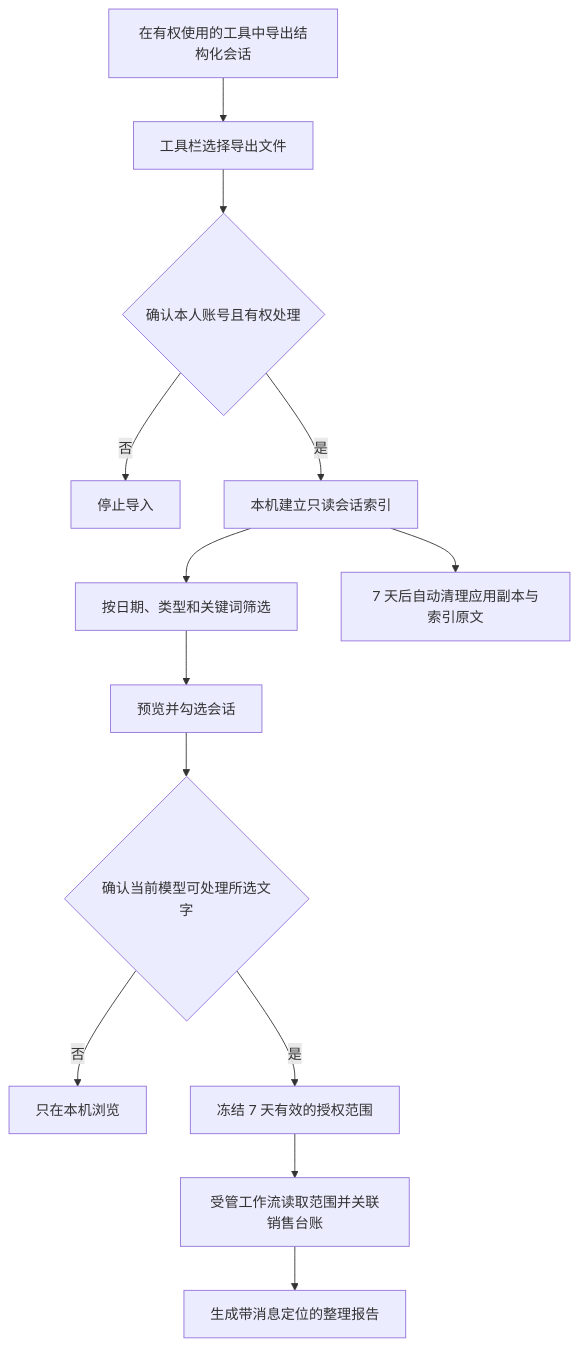
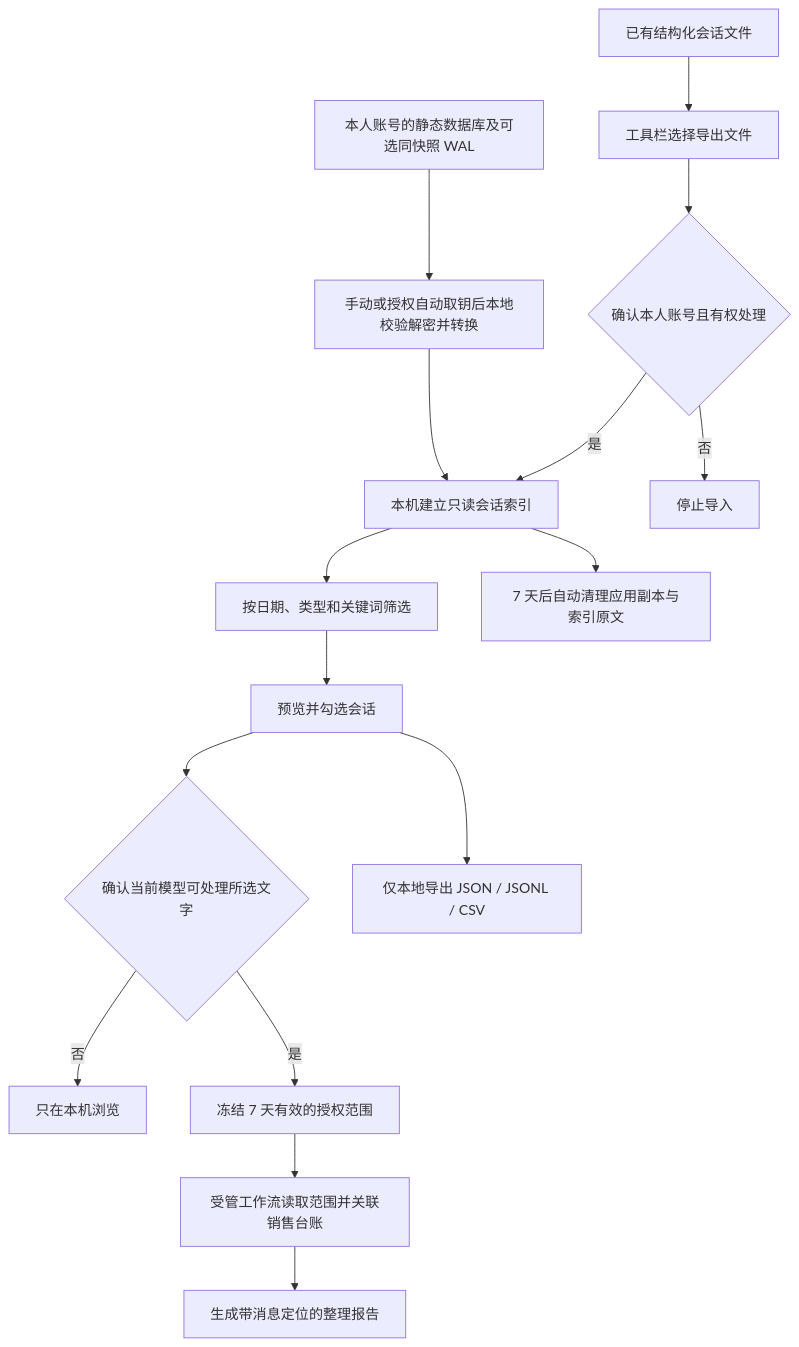
The diagram in docs/微信会话导入与整理.md (WH2020/WorkFlow_Market), drawn with Mermaid before and after one commit. The commit also changed other lines of this file and 164 other files, not shown here.

````diff
--- a/docs/微信会话导入与整理.md
+++ b/docs/微信会话导入与整理.md
@@ -19,15 +34,18 @@
 ```mermaid
 flowchart TD
-    A[在有权使用的工具中导出结构化会话] --> B[工具栏选择导出文件]
+    A[已有结构化会话文件] --> B[工具栏选择导出文件]
+    A2[本人账号的静态数据库及可选同快照 WAL] --> B2[手动或授权自动取钥后本地校验解密并转换]
+    B2 --> D
     B --> C{确认本人账号且有权处理}
     C -->|否| X[停止导入]
     C -->|是| D[本机建立只读会话索引]
     D --> E[按日期、类型和关键词筛选]
     E --> F[预览并勾选会话]
     F --> G{确认当前模型可处理所选文字}
+    F --> E2[仅本地导出 JSON / JSONL / CSV]
     G -->|否| Y[只在本机浏览]
     G -->|是| H[冻结 7 天有效的授权范围]
     H --> I[受管工作流读取范围并关联销售台账]
     I --> J[生成带消息定位的整理报告]
     D --> K[7 天后自动清理应用副本与索引原文]
 ```
````
